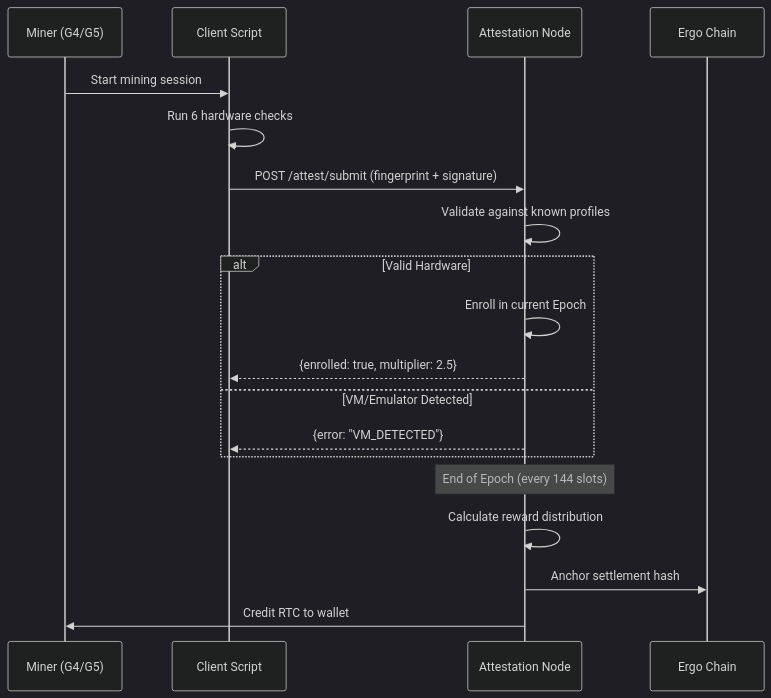
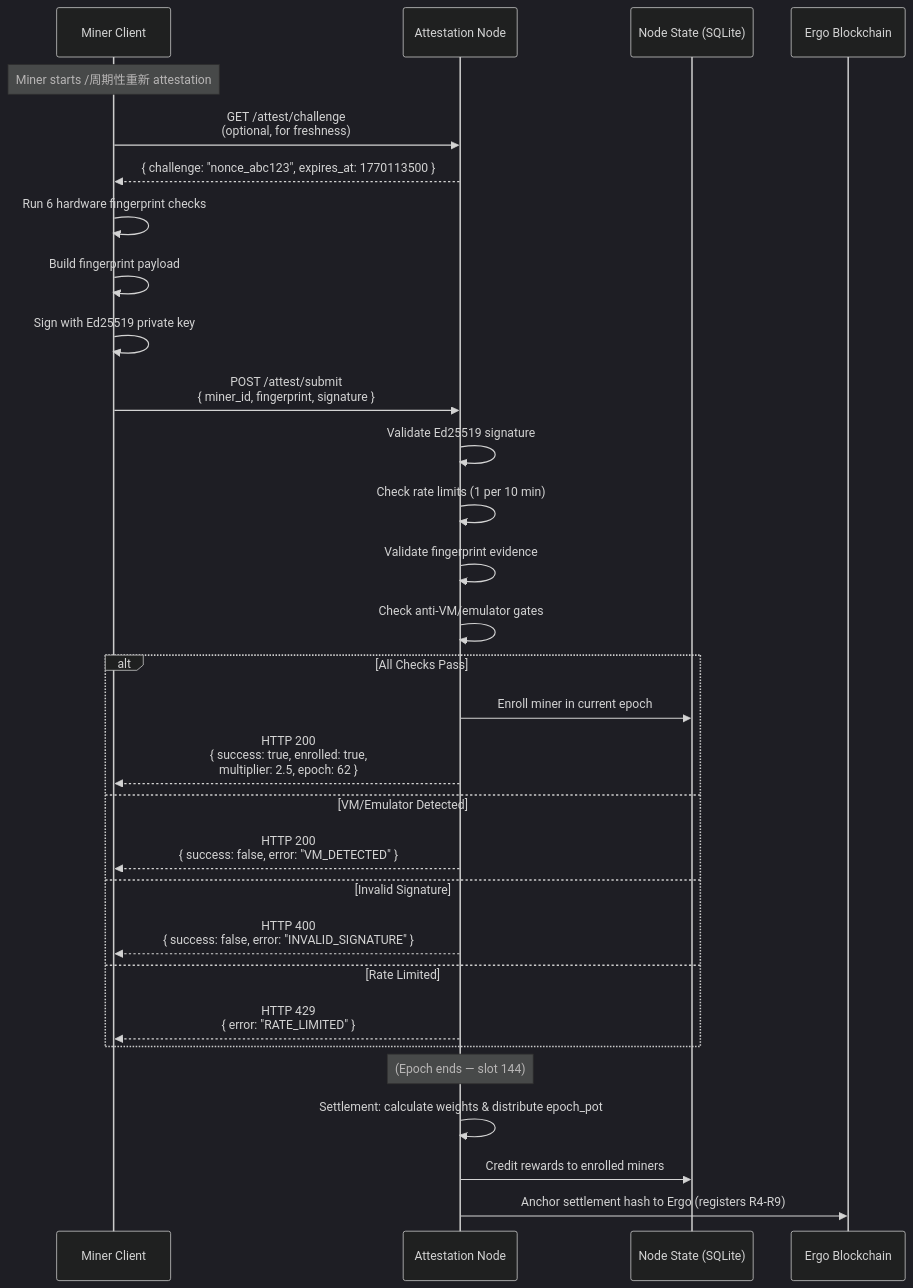
One commit to Scottcjn/Rustchain changed the first of 5 diagrams in docs/PROTOCOL.md. Above: the diagram before and after it, drawn with Mermaid (dark theme). The commit also changed other lines of this file, not shown here.

First line of the commit message:
docs: comprehensive RustChain protocol documentation v2

````diff
--- a/docs/PROTOCOL.md
+++ b/docs/PROTOCOL.md
@@ -13,23 +93,39 @@
 ```mermaid
 sequenceDiagram
-    participant M as Miner (G4/G5)
-    participant C as Client Script
+    participant M as Miner Client
     participant N as Attestation Node
-    participant E as Ergo Chain
+    participant DB as Node State (SQLite)
+    participant E as Ergo Blockchain
 
-    M->>C: Start mining session
-    C->>C: Run 6 hardware checks
-    C->>N: POST /attest/submit (fingerprint + signature)
-    N->>N: Validate against known profiles
-    alt Valid Hardware
-        N->>N: Enroll in current Epoch
-        N-->>C: {enrolled: true, multiplier: 2.5}
+    Note over M: Miner starts /周期性重新 attestation
+
+    M->>N: GET /attest/challenge<br/>(optional, for freshness)
+    N-->>M: { challenge: "nonce_abc123", expires_at: 1770113500 }
+
+    M->>M: Run 6 hardware fingerprint checks
+    M->>M: Build fingerprint payload
+    M->>M: Sign with Ed25519 private key
+
+    M->>N: POST /attest/submit<br/>{ miner_id, fingerprint, signature }
+    N->>N: Validate Ed25519 signature
+    N->>N: Check rate limits (1 per 10 min)
+    N->>N: Validate fingerprint evidence
+    N->>N: Check anti-VM/emulator gates
+
+    alt All Checks Pass
+        N->>DB: Enroll miner in current epoch
+        N-->>M: HTTP 200<br/>{ success: true, enrolled: true,<br/>multiplier: 2.5, epoch: 62 }
     else VM/Emulator Detected
-        N-->>C: {error: "VM_DETECTED"}
+        N-->>M: HTTP 200<br/>{ success: false, error: "VM_DETECTED" }
+    else Invalid Signature
+        N-->>M: HTTP 400<br/>{ success: false, error: "INVALID_SIGNATURE" }
+    else Rate Limited
+        N-->>M: HTTP 429<br/>{ error: "RATE_LIMITED" }
     end
-    
-    Note over N: End of Epoch (every 144 slots)
-    N->>N: Calculate reward distribution
-    N->>E: Anchor settlement hash
-    N->>M: Credit RTC to wallet
+
+    Note over N: (Epoch ends — slot 144)
+
+    N->>N: Settlement: calculate weights & distribute epoch_pot
+    N->>DB: Credit rewards to enrolled miners
+    N->>E: Anchor settlement hash to Ergo (registers R4-R9)
 ```
````
